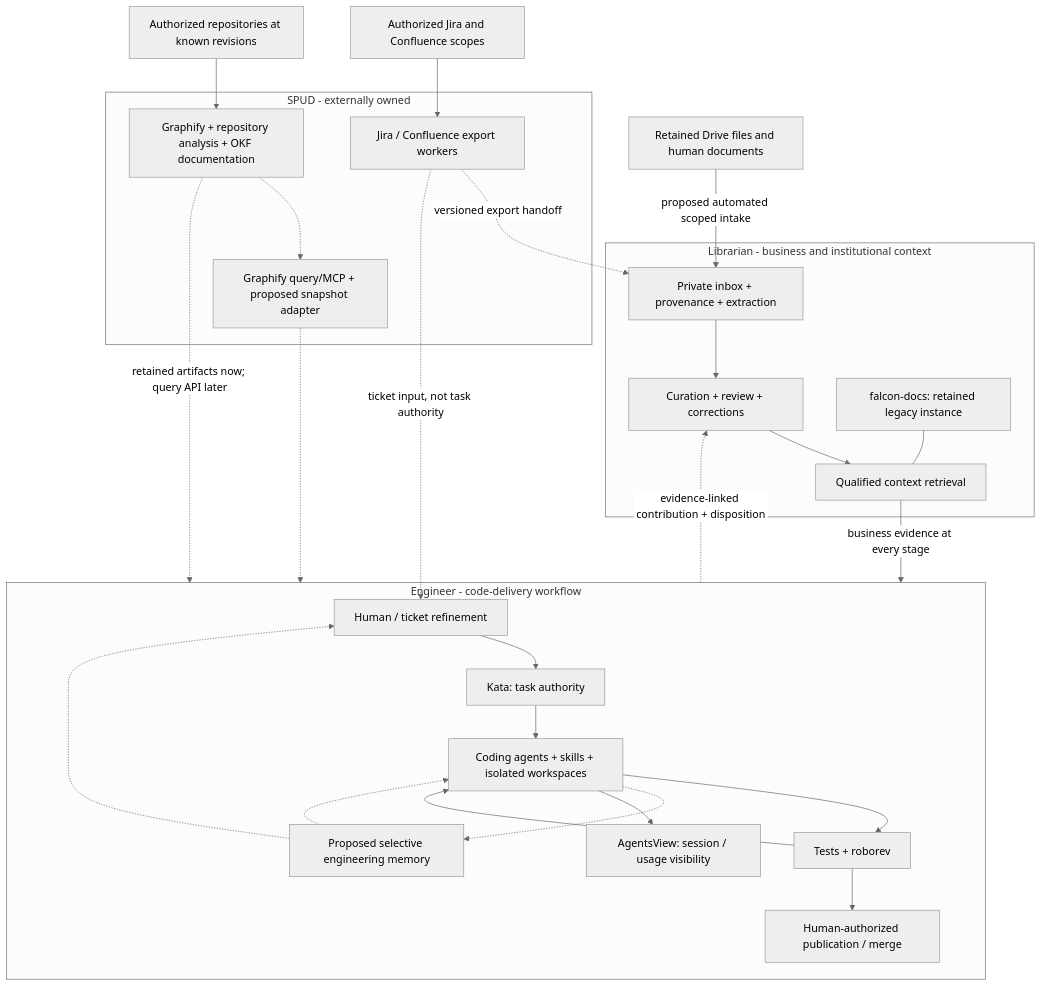
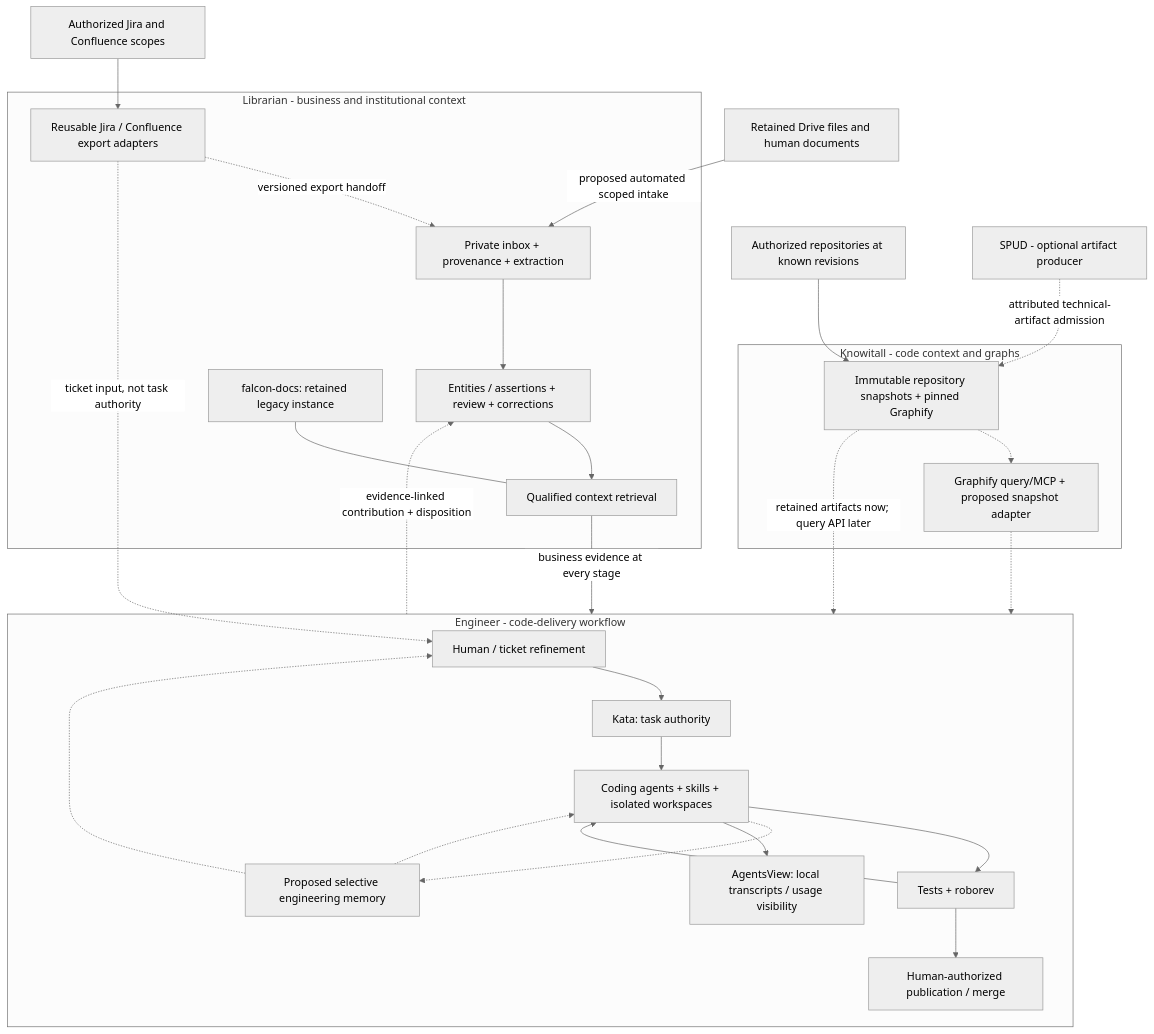
Before and after one commit to GSA/the_engineer: the first of 3 diagrams in context/system-architecture.md, drawn with Mermaid (neutral theme). The commit also changed other lines of this file and 3 other files, not shown here.

````diff
--- a/context/system-architecture.md
+++ b/context/system-architecture.md
@@ -463,48 +508,51 @@
 ```mermaid
 flowchart TB
     atlassian["Authorized Jira and Confluence scopes"]
     documents["Retained Drive files and human documents"]
     repos["Authorized repositories at known revisions"]
 
-    subgraph spud["SPUD - externally owned"]
-        acquire["Jira / Confluence export workers"]
-        code["Graphify + repository analysis + OKF documentation"]
+    spud["SPUD - optional artifact producer"]
+
+    subgraph knowitall["Knowitall - code context and graphs"]
+        code["Immutable repository snapshots + pinned Graphify"]
         query["Graphify query/MCP + proposed snapshot adapter"]
         code -.-> query
     end
 
     subgraph librarian["Librarian - business and institutional context"]
+        acquire["Reusable Jira / Confluence export adapters"]
         intake["Private inbox + provenance + extraction"]
-        curate["Curation + review + corrections"]
+        curate["Entities / assertions + review + corrections"]
         retrieve["Qualified context retrieval"]
         falcon["falcon-docs: retained legacy instance"]
         intake --> curate --> retrieve
         falcon --- retrieve
     end
 
     subgraph engineer["Engineer - code-delivery workflow"]
         refine["Human / ticket refinement"]
         tasks["Kata: task authority"]
         bots["Coding agents + skills + isolated workspaces"]
         review["Tests + roborev"]
         land["Human-authorized publication / merge"]
         memory["Proposed selective engineering memory"]
-        visibility["AgentsView: session / usage visibility"]
+        visibility["AgentsView: local transcripts / usage visibility"]
         refine --> tasks --> bots --> review --> land
         review --> bots
         memory -.-> refine
         memory -.-> bots
         bots -.-> memory
         bots --> visibility
     end
 
     atlassian --> acquire
     documents -->|"proposed automated scoped intake"| intake
     acquire -.->|"versioned export handoff"| intake
     acquire -.->|"ticket input, not task authority"| refine
     repos --> code
+    spud -.->|"attributed technical-artifact admission"| code
     retrieve -->|"business evidence at every stage"| engineer
     code -.->|"retained artifacts now; query API later"| engineer
     query -.-> engineer
     engineer -.->|"evidence-linked contribution + disposition"| curate
 ```
````
